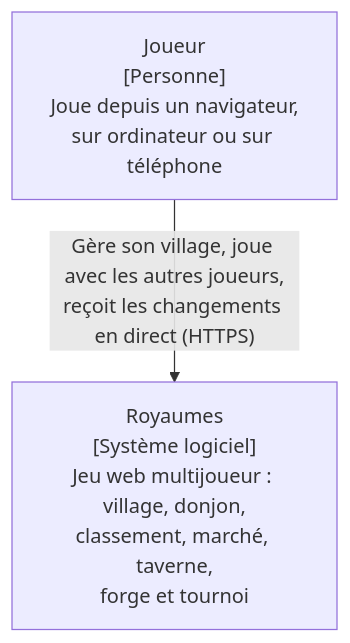
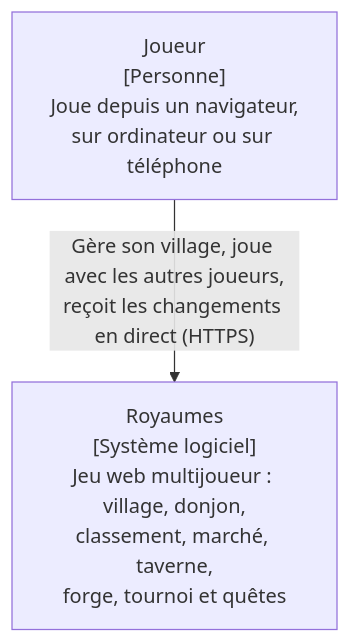
Before and after one commit to mcornu04/royaumes: the first of 8 diagrams in docs/architecture.md, drawn with Mermaid. The commit also changed other lines of this file and 9 other files, not shown here.

````diff
--- a/docs/architecture.md
+++ b/docs/architecture.md
@@ -12,6 +12,6 @@
 ```mermaid
 flowchart TB
   joueur["Joueur<br/>[Personne]<br/>Joue depuis un navigateur,<br/>sur ordinateur ou sur téléphone"]
-  royaumes["Royaumes<br/>[Système logiciel]<br/>Jeu web multijoueur : village, donjon,<br/>classement, marché, taverne,<br/>forge et tournoi"]
+  royaumes["Royaumes<br/>[Système logiciel]<br/>Jeu web multijoueur : village, donjon,<br/>classement, marché, taverne,<br/>forge, tournoi et quêtes"]
   joueur -->|"Gère son village, joue avec les autres joueurs,<br/>reçoit les changements en direct (HTTPS)"| royaumes
 ```
````
